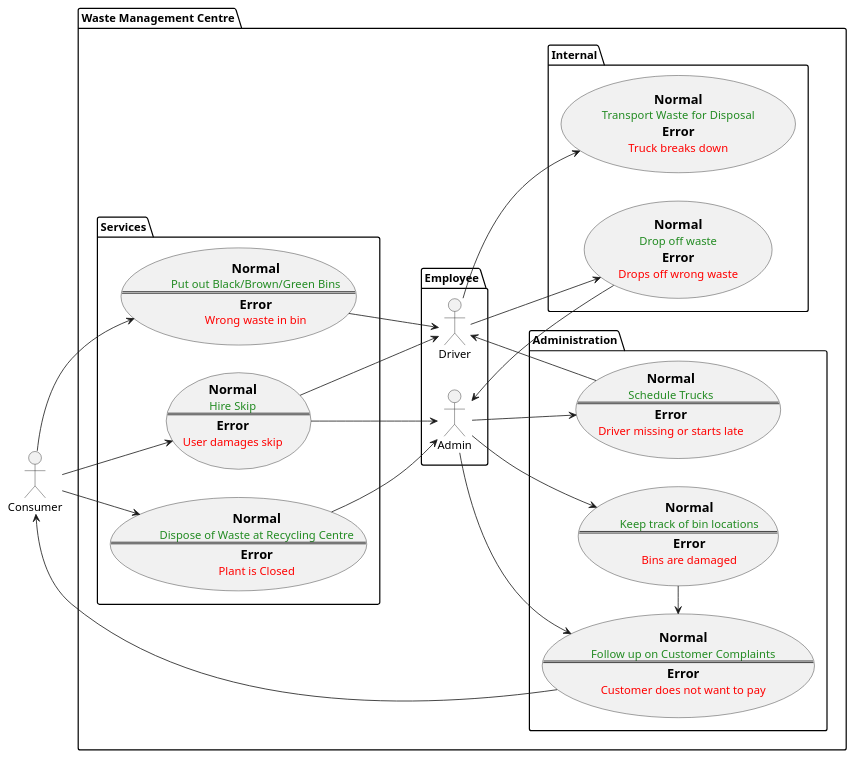
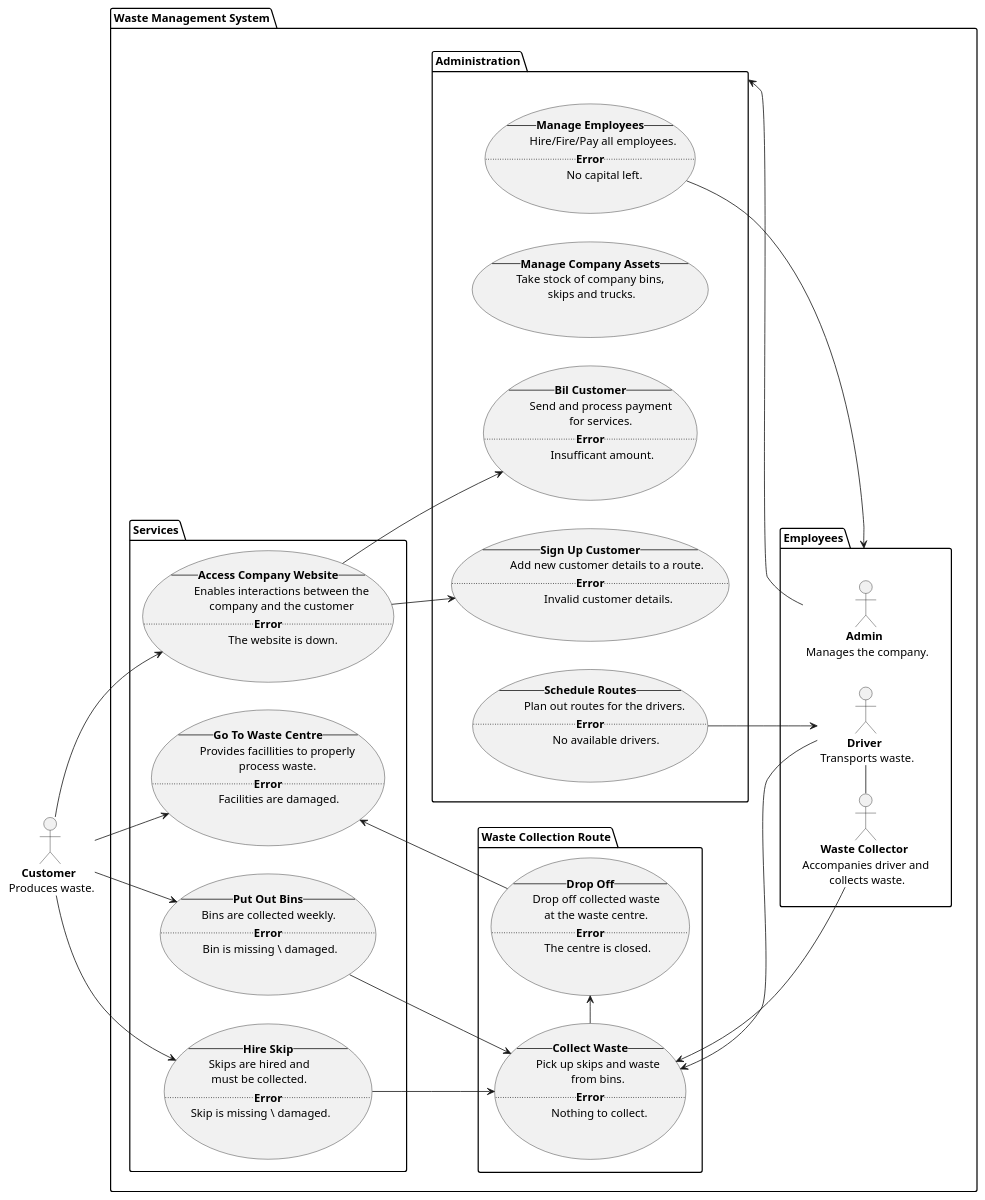
Before and after one commit to tedski999/CSU22041-InformationManagement-Group8: the diagram in UML.wsd, drawn with PlantUML. The commit also changed 2 other files, not shown here.

Commit message:
Changed UML.wsd, added .gitignore

```diff
--- a/UML.wsd
+++ b/UML.wsd
@@ -1,98 +1,60 @@
-@startuml Waste Management Company
+@startuml
 
+skinparam defaultTextAlignment center
 left to right direction
-actor Consumer as c
 
-package "Waste Management Centre" {
-	package Employee {
-		actor Driver as d
-		actor Admin as a
+actor Customer as "<b>Customer</b> \n Produces waste."
+
+package WasteManagementSystem as "Waste Management System" {
+	package WasteCollection as "Waste Collection Route" {
+		usecase Collect as "--<b>Collect Waste--\n Pick up skips and waste \n from bins. \n..<b>Error..\n Nothing to collect."
+		usecase DropOff as "--<b>Drop Off--\n Drop off collected waste \n at the waste centre. \n..<b>Error..\n The centre is closed."
 	}
 
 	package Services {
-		usecase centre as "
-				== Normal
-				<color:#228B22>Dispose of Waste at Recycling Centre
-				==
-				== Error
-				<color:#FF0000>Plant is Closed"
-		
-		usecase bins as "
-				== Normal
-				<color:#228B22>Put out Black/Brown/Green Bins
-				==
-				== Error
-				<color:#FF0000>Wrong waste in bin"
-		
-		usecase skip as "
-				== Normal
-				<color:#228B22>Hire Skip
-				==
-				== Error
-				<color:#FF0000>User damages skip"
+		usecase Bins as "--<b>Put Out Bins--\n Bins are collected weekly. \n..<b>Error..\n Bin is missing \ damaged."
+		usecase Skip as "--<b>Hire Skip--\n Skips are hired and \n must be collected. \n..<b>Error..\n Skip is missing \ damaged."
+		usecase Website as "--<b>Access Company Website--\n Enables interactions between the \n company and the customer \n..<b>Error..\n The website is down."
+		usecase WasteCentre as "--<b>Go To Waste Centre--\n Provides facillities to properly \n process waste. \n..<b>Error..\n Facilities are damaged."
 	}
 
-	package Internal {
-		usecase transport as "
-				== Normal
-				<color:#228B22>Transport Waste for Disposal
-				== Error
-				<color:#FF0000>Truck breaks down"
-
-		usecase dropoff as "
-				== Normal
-				<color:#228B22>Drop off waste
-				== Error
-				<color:#FF0000>Drops off wrong waste"
+	package Employees {
+		actor Admin as "<b>Admin</b> \n Manages the company."
+		actor Driver as "<b>Driver</b> \n Transports waste."
+		actor WasteCollector as "<b>Waste Collector</b> \n Accompanies driver and \n collects waste."
 	}
 
 	package Administration {
-
-		usecase truckmanage as "
-				== Normal
-				<color:#228B22>Schedule Trucks
-				==
-				== Error
-				<color:#FF0000>Driver missing or starts late"
-
-		usecase customermanage as "
-				== Normal
-				<color:#228B22>Follow up on Customer Complaints
-				==
-				== Error
-				<color:#FF0000>Customer does not want to pay"
-
-		usecase binmanage as "
-				== Normal
-				<color:#228B22>Keep track of bin locations
-				==
-				== Error
-				<color:#FF0000>Bins are damaged"
+		usecase ManageEmployees as "--<b>Manage Employees--\n Hire/Fire/Pay all employees. \n..<b>Error..\n No capital left."
+		usecase ManageAssets as "--<b>Manage Company Assets--\n Take stock of company bins, \n skips and trucks."
+		usecase Billing as "--<b>Bil Customer--\n Send and process payment \n for services. \n..<b>Error..\n Insufficant amount."
+		usecase SignUp as "--<b>Sign Up Customer--\n Add new customer details to a route. \n..<b>Error..\n Invalid customer details."
+		usecase ScheduleRoutes as "--<b>Schedule Routes--\n Plan out routes for the drivers. \n..<b>Error..\n No available drivers."
 	}
 }
 
-c --> centre
-c --> bins
-c --> skip
+' Employee relationships
+WasteCollector -l- Driver
 
-bins --> d
-skip --> d
+' Customer services
+Customer --> Bins
+Customer --> Skip
+Customer --> Website
+Customer --> WasteCentre
+Website --> SignUp
+Website --> Billing
 
-d --> transport
-d --> dropoff
+' Waste collection pipeline
+Bins --> Collect
+Skip --> Collect
+Collect <-- Driver
+Collect <-- WasteCollector
+Collect -> DropOff
+WasteCentre <-- DropOff
 
-dropoff --> a
-
-a --> truckmanage
-a --> customermanage
-a --> binmanage
-
-customermanage -> c
-truckmanage -> d
-binmanage -> customermanage
-
-centre --> a
-skip --> a
-
+' Administration work
+Administration <-- Admin
+ManageEmployees --> Employees
+ScheduleRoutes --> Driver
 
 @enduml
```
